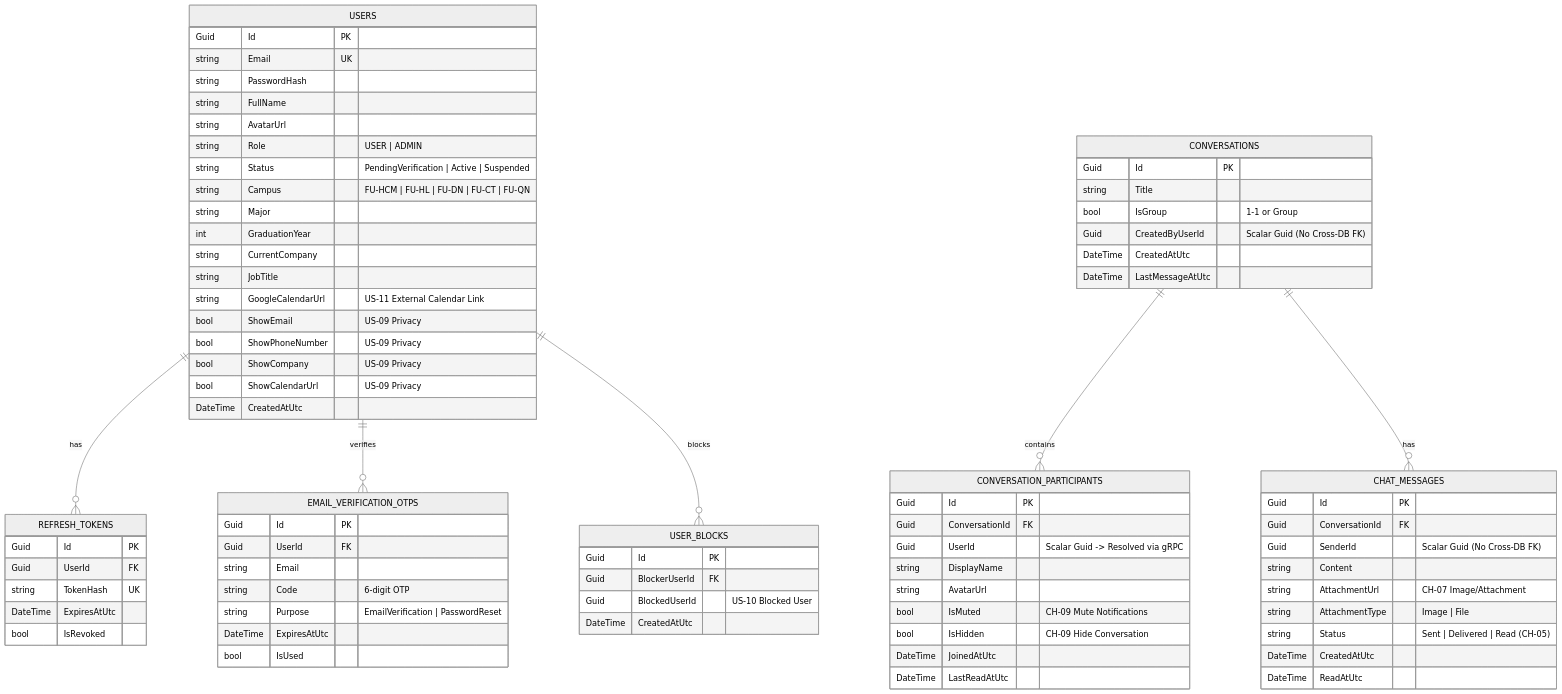
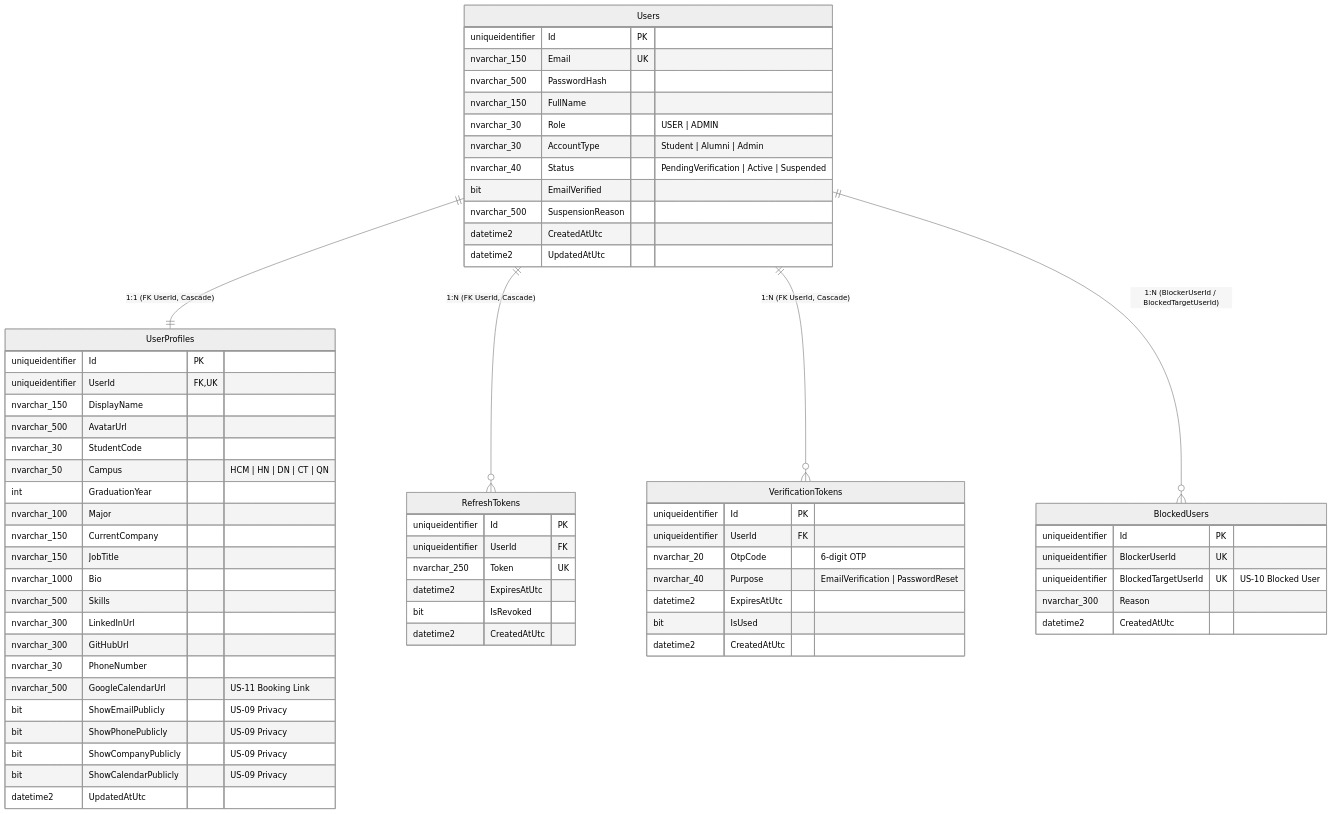
The second of 3 diagrams in docs/ARCHITECTURE.md (F-Alumni/f-alumni-user-service), drawn with Mermaid (neutral theme) before and after one commit. The commit also changed other lines of this file and 4 other files, not shown here.

Commit message:
docs(erd): add dedicated FAlumni_User_Db ERD diagrams (SVG, Draw.io, Mermaid) matching EF Core schema

````diff
--- a/docs/ARCHITECTURE.md
+++ b/docs/ARCHITECTURE.md
@@ -85,88 +91,72 @@
 ```mermaid
 erDiagram
-    USERS ||--o{ REFRESH_TOKENS : "has"
-    USERS ||--o{ EMAIL_VERIFICATION_OTPS : "verifies"
-    USERS ||--o{ USER_BLOCKS : "blocks"
+    Users ||--|| UserProfiles : "1:1 (FK UserId, Cascade)"
+    Users ||--o{ RefreshTokens : "1:N (FK UserId, Cascade)"
+    Users ||--o{ VerificationTokens : "1:N (FK UserId, Cascade)"
+    Users ||--o{ BlockedUsers : "1:N (BlockerUserId / BlockedTargetUserId)"
 
-    USERS {
-        Guid Id PK
-        string Email UK
-        string PasswordHash
-        string FullName
-        string AvatarUrl
-        string Role "USER | ADMIN"
-        string Status "PendingVerification | Active | Suspended"
-        string Campus "FU-HCM | FU-HL | FU-DN | FU-CT | FU-QN"
-        string Major
-        int GraduationYear
-        string CurrentCompany
-        string JobTitle
-        string GoogleCalendarUrl "US-11 External Calendar Link"
-        bool ShowEmail "US-09 Privacy"
-        bool ShowPhoneNumber "US-09 Privacy"
-        bool ShowCompany "US-09 Privacy"
-        bool ShowCalendarUrl "US-09 Privacy"
-        DateTime CreatedAtUtc
+    Users {
+        uniqueidentifier Id PK
+        nvarchar_150 Email UK
+        nvarchar_500 PasswordHash
+        nvarchar_150 FullName
+        nvarchar_30 Role "USER | ADMIN"
+        nvarchar_30 AccountType "Student | Alumni | Admin"
+        nvarchar_40 Status "PendingVerification | Active | Suspended"
+        bit EmailVerified
+        nvarchar_500 SuspensionReason
+        datetime2 CreatedAtUtc
+        datetime2 UpdatedAtUtc
     }
 
-    REFRESH_TOKENS {
-        Guid Id PK
-        Guid UserId FK
-        string TokenHash UK
-        DateTime ExpiresAtUtc
-        bool IsRevoked
+    UserProfiles {
+        uniqueidentifier Id PK
+        uniqueidentifier UserId FK,UK
+        nvarchar_150 DisplayName
+        nvarchar_500 AvatarUrl
+        nvarchar_30 StudentCode
+        nvarchar_50 Campus "HCM | HN | DN | CT | QN"
+        int GraduationYear
+        nvarchar_100 Major
+        nvarchar_150 CurrentCompany
+        nvarchar_150 JobTitle
+        nvarchar_1000 Bio
+        nvarchar_500 Skills
+        nvarchar_300 LinkedInUrl
+        nvarchar_300 GitHubUrl
+        nvarchar_30 PhoneNumber
+        nvarchar_500 GoogleCalendarUrl "US-11 Booking Link"
+        bit ShowEmailPublicly "US-09 Privacy"
+        bit ShowPhonePublicly "US-09 Privacy"
+        bit ShowCompanyPublicly "US-09 Privacy"
+        bit ShowCalendarPublicly "US-09 Privacy"
+        datetime2 UpdatedAtUtc
     }
 
-    EMAIL_VERIFICATION_OTPS {
-        Guid Id PK
-        Guid UserId FK
-        string Email
-        string Code "6-digit OTP"
-        string Purpose "EmailVerification | PasswordReset"
-        DateTime ExpiresAtUtc
-        bool IsUsed
+    RefreshTokens {
+        uniqueidentifier Id PK
+        uniqueidentifier UserId FK
+        nvarchar_250 Token UK
+        datetime2 ExpiresAtUtc
+        bit IsRevoked
+        datetime2 CreatedAtUtc
     }
 
-    USER_BLOCKS {
-        Guid Id PK
-        Guid BlockerUserId FK
-        Guid BlockedUserId "US-10 Blocked User"
-        DateTime CreatedAtUtc
+    VerificationTokens {
+        uniqueidentifier Id PK
+        uniqueidentifier UserId FK
+        nvarchar_20 OtpCode "6-digit OTP"
+        nvarchar_40 Purpose "EmailVerification | PasswordReset"
+        datetime2 ExpiresAtUtc
+        bit IsUsed
+        datetime2 CreatedAtUtc
     }
 
-    CONVERSATIONS ||--o{ CONVERSATION_PARTICIPANTS : "contains"
-    CONVERSATIONS ||--o{ CHAT_MESSAGES : "has"
-
-    CONVERSATIONS {
-        Guid Id PK
-        string Title
-        bool IsGroup "1-1 or Group"
-        Guid CreatedByUserId "Scalar Guid (No Cross-DB FK)"
-        DateTime CreatedAtUtc
-        DateTime LastMessageAtUtc
-    }
-
-    CONVERSATION_PARTICIPANTS {
-        Guid Id PK
-        Guid ConversationId FK
-        Guid UserId "Scalar Guid -> Resolved via gRPC"
-        string DisplayName
-        string AvatarUrl
-        bool IsMuted "CH-09 Mute Notifications"
-        bool IsHidden "CH-09 Hide Conversation"
-        DateTime JoinedAtUtc
-        DateTime LastReadAtUtc
-    }
-
-    CHAT_MESSAGES {
-        Guid Id PK
-        Guid ConversationId FK
-        Guid SenderId "Scalar Guid (No Cross-DB FK)"
-        string Content
-        string AttachmentUrl "CH-07 Image/Attachment"
-        string AttachmentType "Image | File"
-        string Status "Sent | Delivered | Read (CH-05)"
-        DateTime CreatedAtUtc
-        DateTime ReadAtUtc
+    BlockedUsers {
+        uniqueidentifier Id PK
+        uniqueidentifier BlockerUserId UK
+        uniqueidentifier BlockedTargetUserId UK "US-10 Blocked User"
+        nvarchar_300 Reason
+        datetime2 CreatedAtUtc
     }
 ```
````
